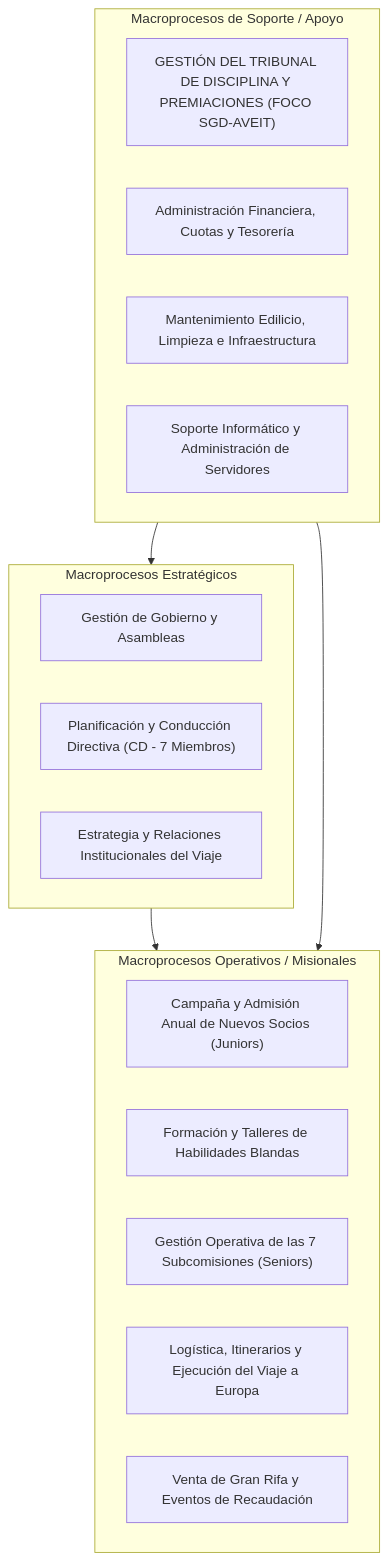
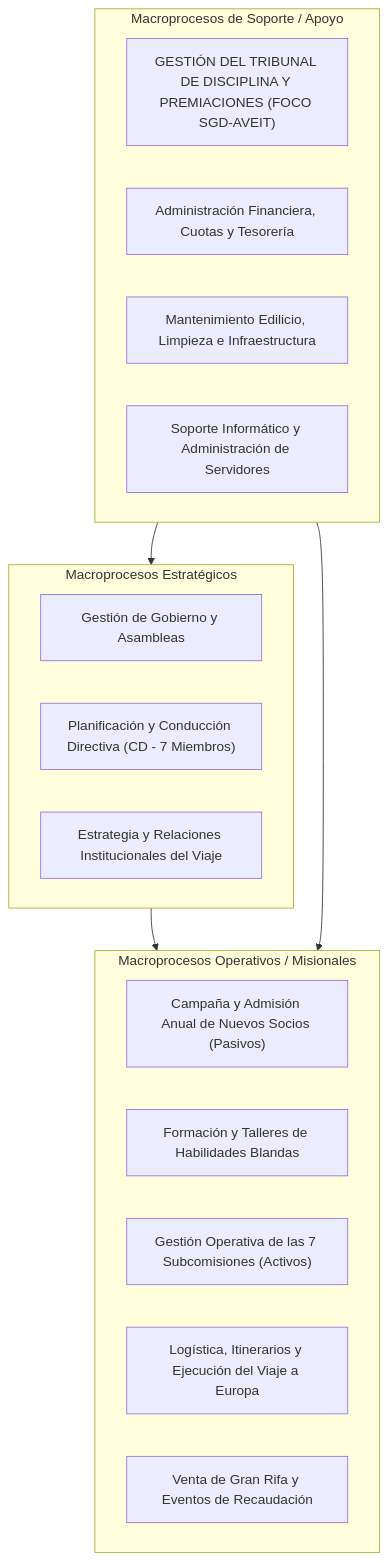
The diagram in docs/analisis-proceso-actual/TPI_Estudio_Inicial_SGD_AVEIT.md (MartinG94/seminario-integrador), drawn with Mermaid before and after one commit. The commit also changed other lines of this file and 19 other files, not shown here.

````diff
--- a/docs/analisis-proceso-actual/TPI_Estudio_Inicial_SGD_AVEIT.md
+++ b/docs/analisis-proceso-actual/TPI_Estudio_Inicial_SGD_AVEIT.md
@@ -250,27 +250,27 @@
 ```mermaid
 flowchart TD
     subgraph ESTRATEGICOS["Macroprocesos Estratégicos"]
         E1["Gestión de Gobierno y Asambleas"]
         E2["Planificación y Conducción Directiva (CD - 7 Miembros)"]
         E3["Estrategia y Relaciones Institucionales del Viaje"]
     end
 
     subgraph OPERATIVOS["Macroprocesos Operativos / Misionales"]
-        O1["Campaña y Admisión Anual de Nuevos Socios (Juniors)"]
+        O1["Campaña y Admisión Anual de Nuevos Socios (Pasivos)"]
         O2["Formación y Talleres de Habilidades Blandas"]
-        O3["Gestión Operativa de las 7 Subcomisiones (Seniors)"]
+        O3["Gestión Operativa de las 7 Subcomisiones (Activos)"]
         O4["Logística, Itinerarios y Ejecución del Viaje a Europa"]
         O5["Venta de Gran Rifa y Eventos de Recaudación"]
     end
 
     subgraph SOPORTE["Macroprocesos de Soporte / Apoyo"]
         S1["GESTIÓN DEL TRIBUNAL DE DISCIPLINA Y PREMIACIONES (FOCO SGD-AVEIT)"]
         S2["Administración Financiera, Cuotas y Tesorería"]
         S3["Mantenimiento Edilicio, Limpieza e Infraestructura"]
         S4["Soporte Informático y Administración de Servidores"]
     end
 
     ESTRATEGICOS --> OPERATIVOS
     SOPORTE --> OPERATIVOS
     SOPORTE --> ESTRATEGICOS
 ```
````
